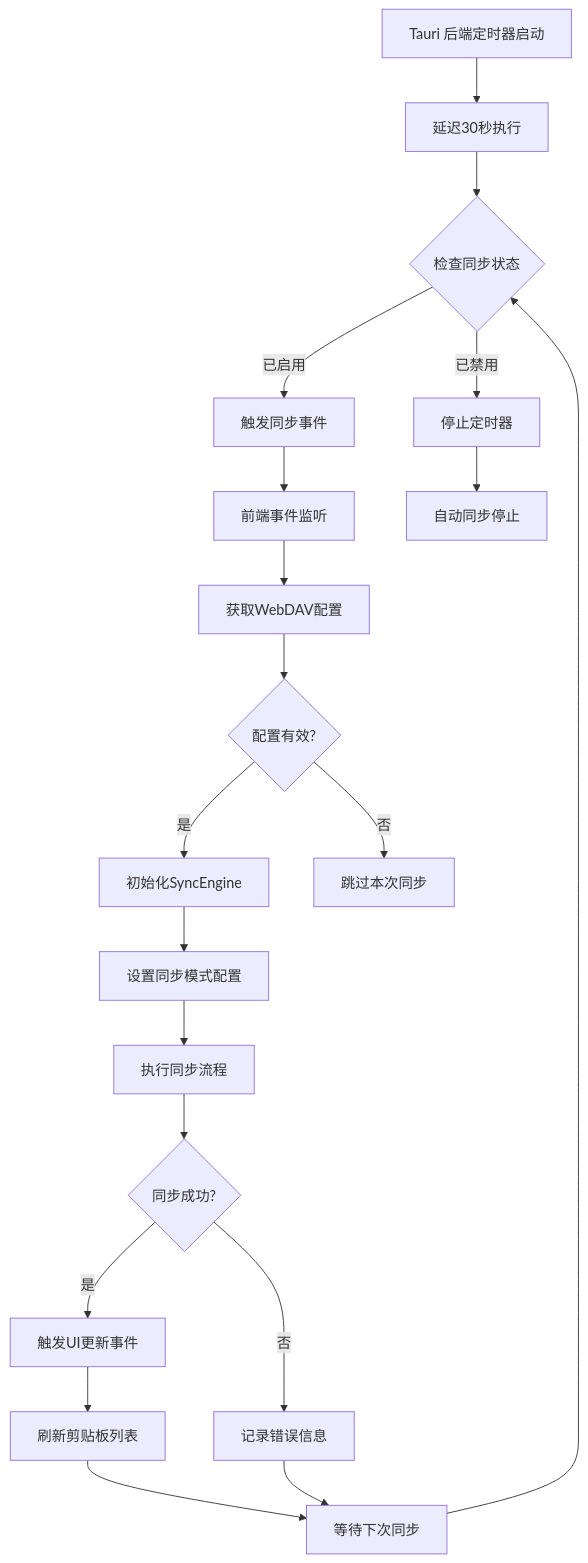
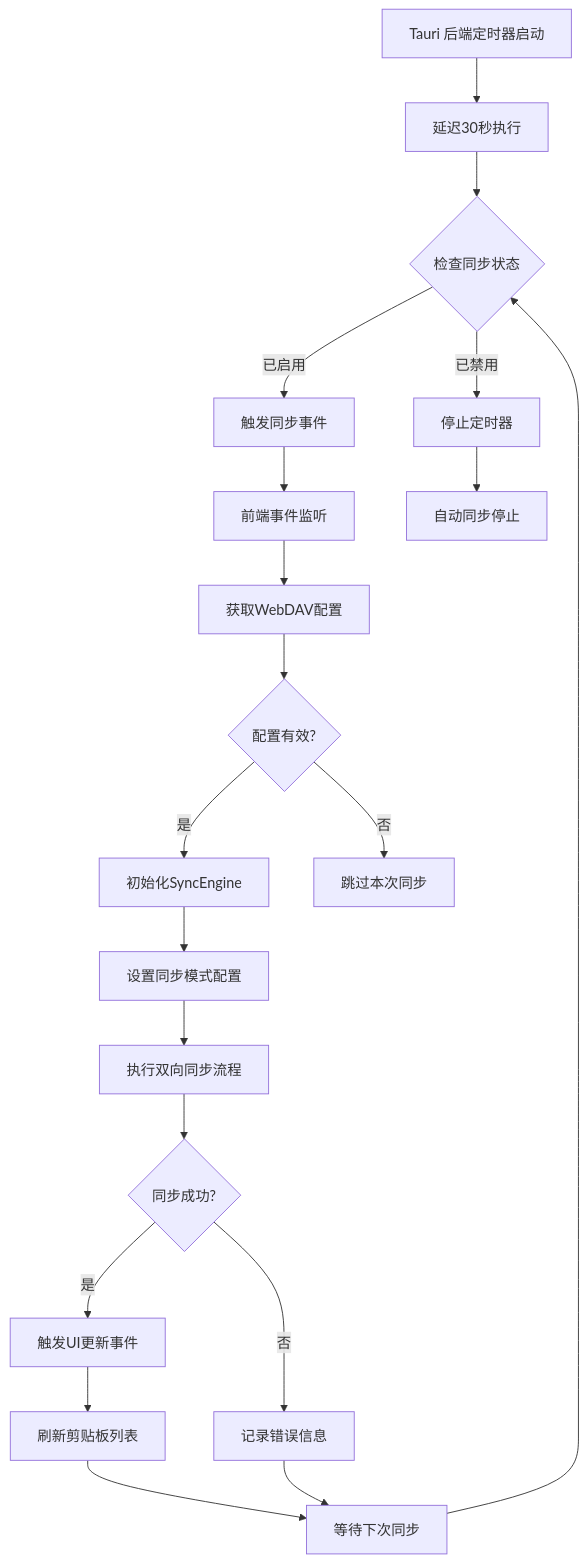
The third of 10 diagrams in docs/architecture-diagram.md (Ruszero01/EcoPaste-Sync), drawn with Mermaid before and after one commit. The commit also changed other lines of this file and 9 other files, not shown here.

````diff
--- a/docs/architecture-diagram.md
+++ b/docs/architecture-diagram.md
@@ -107,26 +107,26 @@
 ```mermaid
 graph TB
     A[Tauri 后端定时器启动] --> B[延迟30秒执行]
     B --> C{检查同步状态}
     C -->|已启用| D[触发同步事件]
     C -->|已禁用| E[停止定时器]
 
     D --> F[前端事件监听]
     F --> G[获取WebDAV配置]
     G --> H{配置有效?}
     H -->|是| I[初始化SyncEngine]
     H -->|否| J[跳过本次同步]
 
     I --> K[设置同步模式配置]
-    K --> L[执行同步流程]
+    K --> L[执行双向同步流程]
     L --> M{同步成功?}
     M -->|是| N[触发UI更新事件]
     M -->|否| O[记录错误信息]
 
     N --> P[刷新剪贴板列表]
     P --> Q[等待下次同步]
     O --> Q
 
     Q --> C
     E --> R[自动同步停止]
 ```
````
